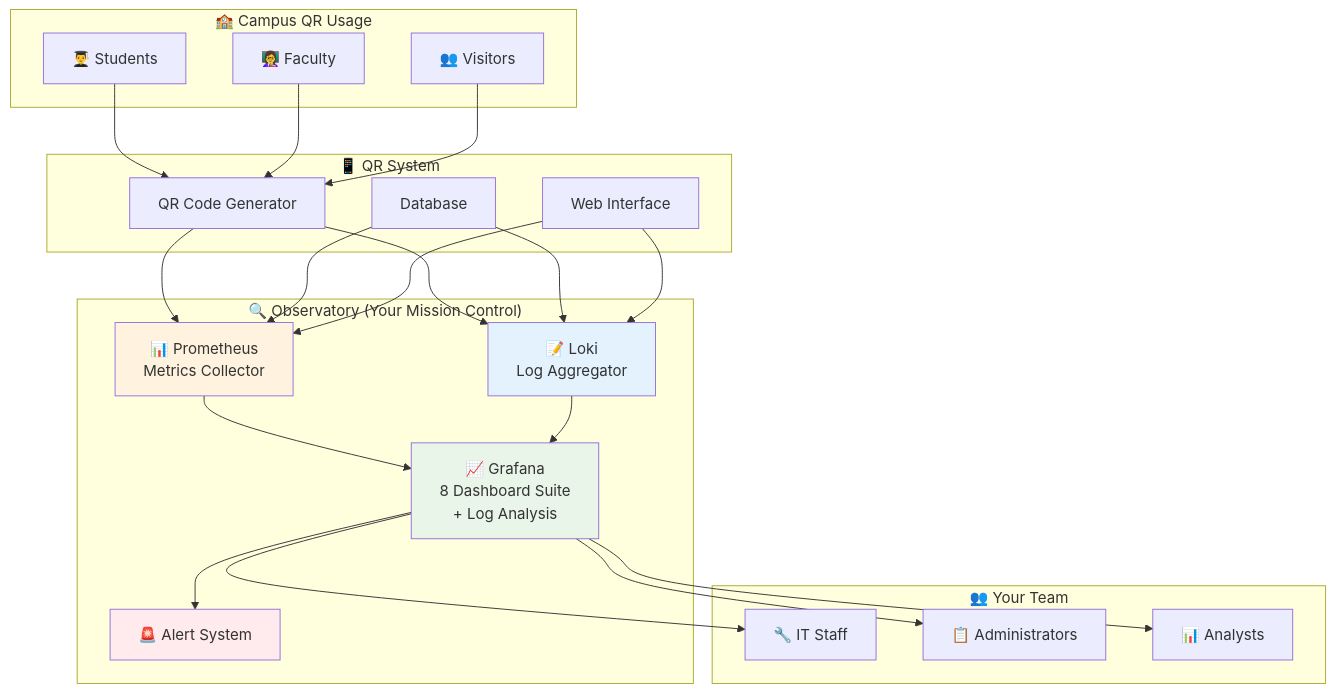
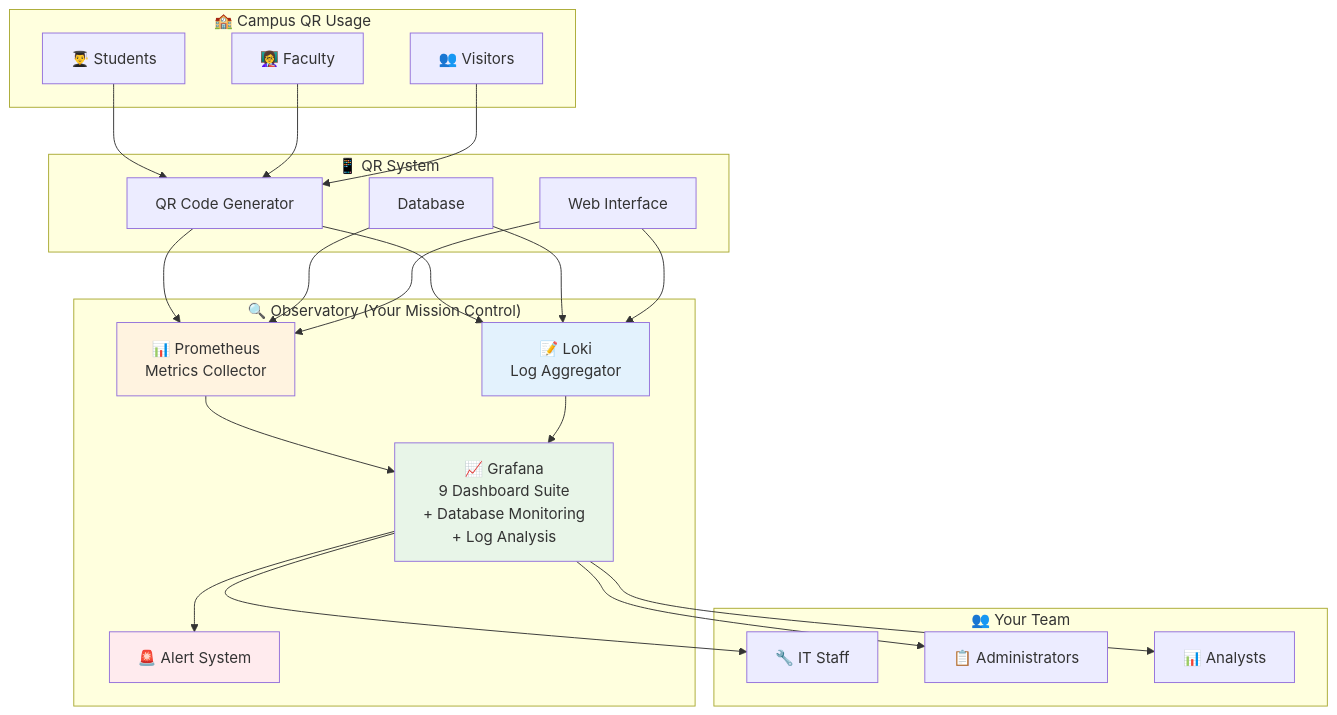
One commit to gsinghjay/mvp_qr_gen changed the third of 26 diagrams in GRAFANA.md. Above: the diagram before and after it, drawn with Mermaid. The commit also changed other lines of this file, not shown here.

Commit message:
docs(grafana): add database monitoring dashboard and MCP integration documentation

````diff
--- a/GRAFANA.md
+++ b/GRAFANA.md
@@ -67,51 +67,51 @@
 ```mermaid
 graph TB
     subgraph "🏫 Campus QR Usage"
         A[👨‍🎓 Students] 
         B[👩‍🏫 Faculty]
         C[👥 Visitors]
     end
     
     subgraph "📱 QR System"
         D[QR Code Generator]
         E[Database]
         F[Web Interface]
     end
     
     subgraph "🔍 Observatory (Your Mission Control)"
         G[📊 Prometheus<br/>Metrics Collector]
         G2[📝 Loki<br/>Log Aggregator]
-        H[📈 Grafana<br/>8 Dashboard Suite<br/>+ Log Analysis]
+        H[📈 Grafana<br/>9 Dashboard Suite<br/>+ Database Monitoring<br/>+ Log Analysis]
         I[🚨 Alert System]
     end
     
     subgraph "👥 Your Team"
         J[🔧 IT Staff]
         K[📋 Administrators]
         L[📊 Analysts]
     end
     
     A --> D
     B --> D
     C --> D
     
     D --> G
     E --> G
     F --> G
     D --> G2
     E --> G2
     F --> G2
     
     G --> H
     G2 --> H
     H --> I
     
     H --> J
     H --> K
     H --> L
     
     style G fill:#fff3e0
     style G2 fill:#e3f2fd
     style H fill:#e8f5e8
     style I fill:#ffebee
 ```
````
